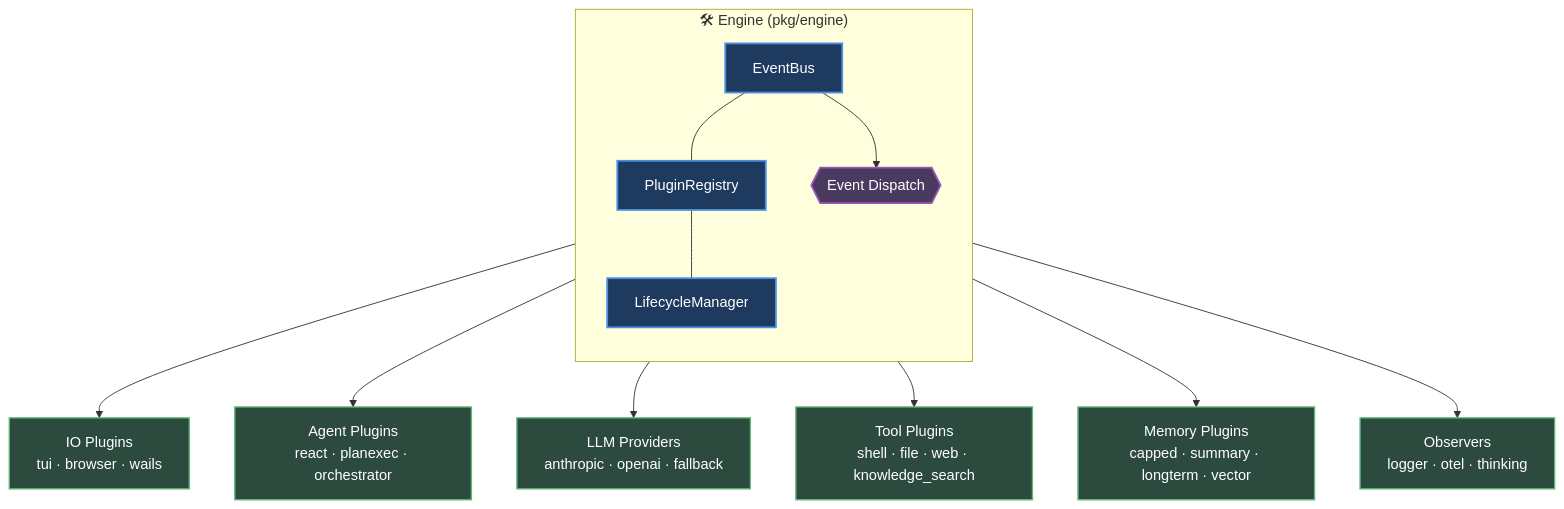
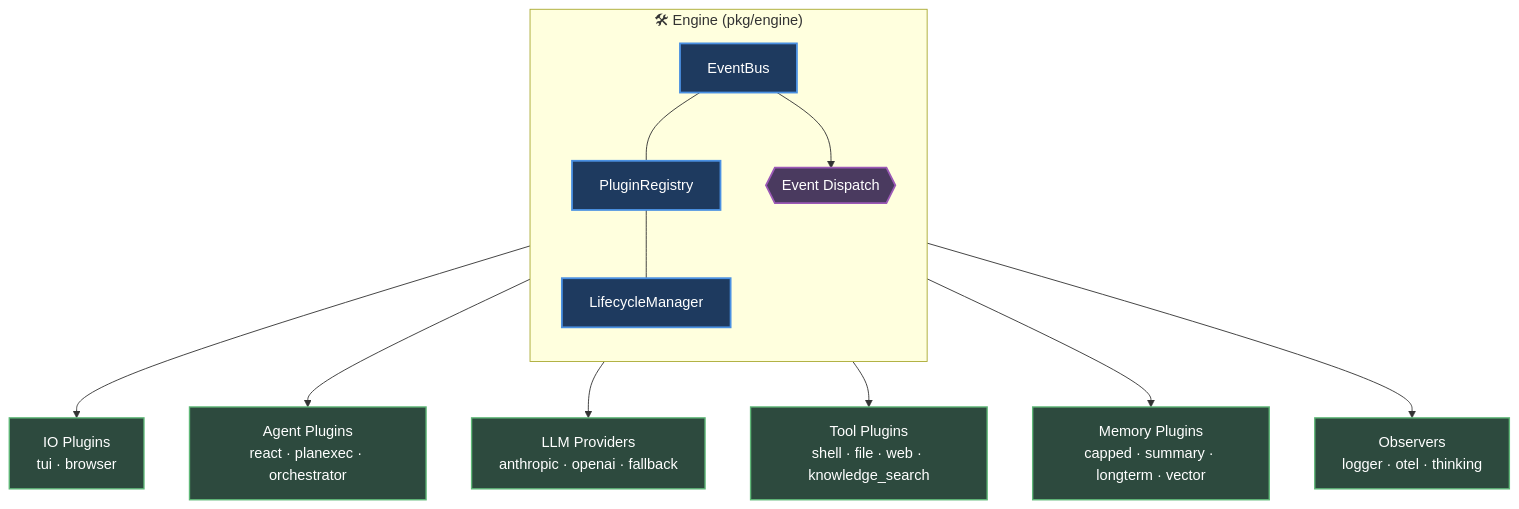
Before and after one commit to frankbardon/nexus: the first of 3 diagrams in docs/src/architecture/overview.md, drawn with Mermaid. The commit also changed 26 other files, not shown here.

````diff
--- a/docs/src/architecture/overview.md
+++ b/docs/src/architecture/overview.md
@@ -9,26 +9,26 @@
 ```mermaid
 flowchart TB
     subgraph Engine["🛠 Engine (pkg/engine)"]
         direction TB
         EB[EventBus]
         REG[PluginRegistry]
         LM[LifecycleManager]
         EB --- REG --- LM
         DISPATCH{{Event Dispatch}}
         EB --> DISPATCH
     end
 
-    DISPATCH --> IO[IO Plugins<br/>tui · browser · wails]
+    DISPATCH --> IO[IO Plugins<br/>tui · browser]
     DISPATCH --> AG[Agent Plugins<br/>react · planexec · orchestrator]
     DISPATCH --> LLM[LLM Providers<br/>anthropic · openai · fallback]
     DISPATCH --> TL[Tool Plugins<br/>shell · file · web · knowledge_search]
     DISPATCH --> MEM[Memory Plugins<br/>capped · summary · longterm · vector]
     DISPATCH --> OBS[Observers<br/>logger · otel · thinking]
 
     classDef engine fill:#1e3a5f,stroke:#4a90e2,stroke-width:2px,color:#fff;
     classDef plugin fill:#2d4a3e,stroke:#5fb878,stroke-width:1.5px,color:#fff;
     classDef dispatch fill:#4a3a5f,stroke:#9b59b6,stroke-width:2px,color:#fff;
     class EB,REG,LM engine;
     class IO,AG,LLM,TL,MEM,OBS plugin;
     class DISPATCH dispatch;
 ```
````
